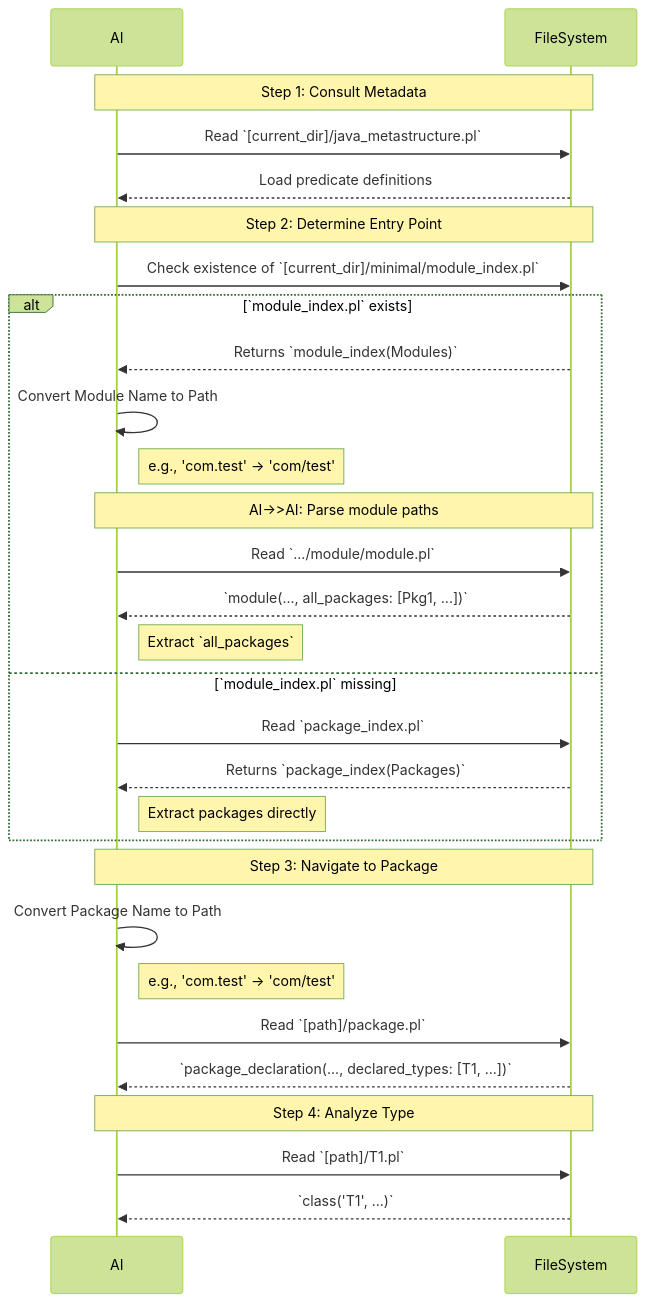
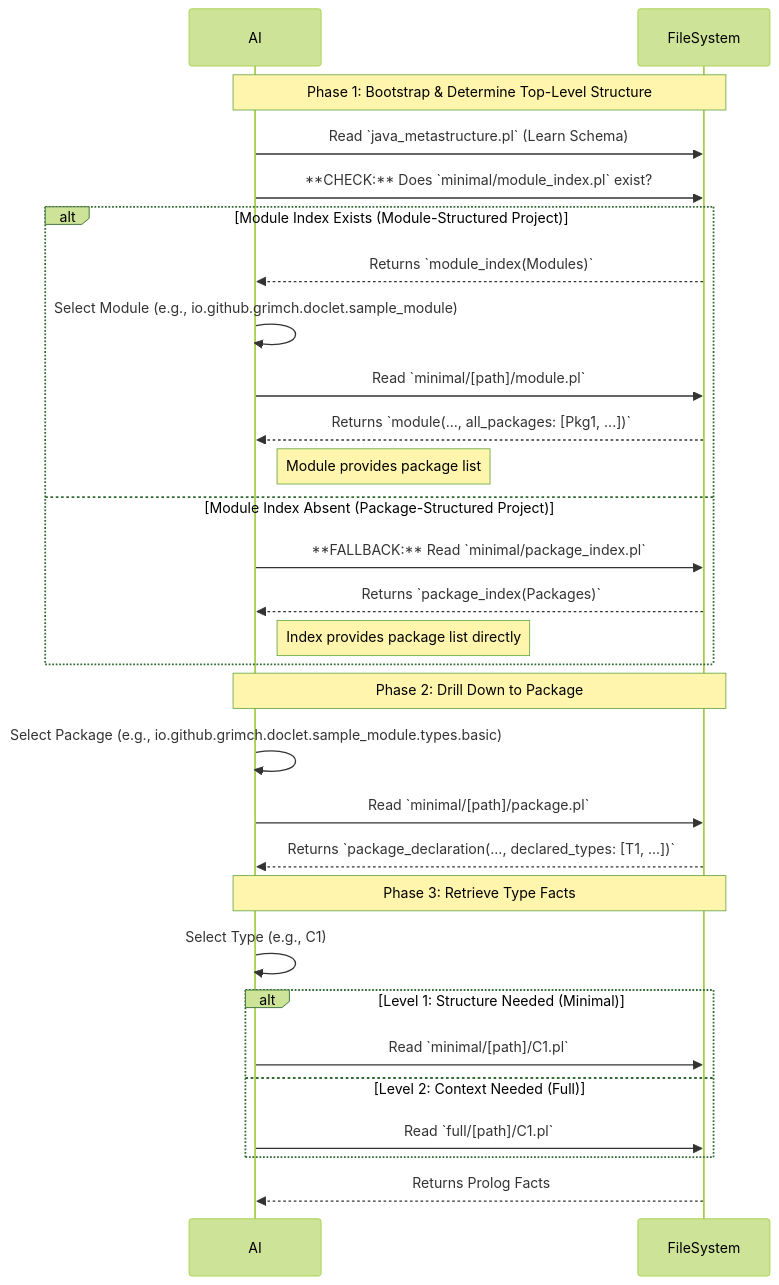
The second of 2 diagrams in src/main/resources/LLM_context.md (grimch/logidoclet), drawn with Mermaid (forest theme) before and after one commit. The commit also changed other lines of this file and 2 other files, not shown here.

Commit message:
revised metadata .md files for re-enforcement

````diff
--- a/src/main/resources/LLM_context.md
+++ b/src/main/resources/LLM_context.md
@@ -21,37 +54,35 @@
 ```mermaid
 sequenceDiagram
-    participant AI
-    participant FileSystem
+participant AI
+participant FileSystem
 
-    Note over AI, FileSystem: Step 1: Consult Metadata
-    AI->>FileSystem: Read `[current_dir]/java_metastructure.pl`
-    FileSystem-->>AI: Load predicate definitions
+    Note over AI, FileSystem: Phase 1: Bootstrap & Determine Top-Level Structure
+    AI->>FileSystem: Read `java_metastructure.pl` (Learn Schema)
+    AI->>FileSystem: **CHECK:** Does `minimal/module_index.pl` exist?
 
-    Note over AI, FileSystem: Step 2: Determine Entry Point
-    AI->>FileSystem: Check existence of `[current_dir]/minimal/module_index.pl`
-
-    alt `module_index.pl` exists
+    alt Module Index Exists (Module-Structured Project)
         FileSystem-->>AI: Returns `module_index(Modules)`
-        AI->>AI: Convert Module Name to Path
-        Note right of AI: e.g., 'com.test' -> 'com/test'
-        Note over AI, FileSystem: AI->>AI: Parse module paths
-        AI->>FileSystem: Read `.../module/module.pl`
-        FileSystem-->>AI: `module(..., all_packages: [Pkg1, ...])`
-        Note right of AI: Extract `all_packages`
-    else `module_index.pl` missing
-        AI->>FileSystem: Read `package_index.pl`
+        AI->>AI: Select Module (e.g., io.github.grimch.doclet.sample_module)
+        AI->>FileSystem: Read `minimal/[path]/module.pl`
+        FileSystem-->>AI: Returns `module(..., all_packages: [Pkg1, ...])`
+        Note right of AI: Module provides package list
+    else Module Index Absent (Package-Structured Project)
+        AI->>FileSystem: **FALLBACK:** Read `minimal/package_index.pl`
         FileSystem-->>AI: Returns `package_index(Packages)`
-        Note right of AI: Extract packages directly
+        Note right of AI: Index provides package list directly
     end
 
-    Note over AI, FileSystem: Step 3: Navigate to Package
-    AI->>AI: Convert Package Name to Path
-    Note right of AI: e.g., 'com.test' -> 'com/test'
+    Note over AI, FileSystem: Phase 2: Drill Down to Package
+    AI->>AI: Select Package (e.g., io.github.grimch.doclet.sample_module.types.basic)
+    AI->>FileSystem: Read `minimal/[path]/package.pl`
+    FileSystem-->>AI: Returns `package_declaration(..., declared_types: [T1, ...])`
 
-    AI->>FileSystem: Read `[path]/package.pl`
-    FileSystem-->>AI: `package_declaration(..., declared_types: [T1, ...])`
-
-    Note over AI, FileSystem: Step 4: Analyze Type
-    AI->>FileSystem: Read `[path]/T1.pl`
-    FileSystem-->>AI: `class('T1', ...)`
+    Note over AI, FileSystem: Phase 3: Retrieve Type Facts
+    AI->>AI: Select Type (e.g., C1)
+    alt Level 1: Structure Needed (Minimal)
+        AI->>FileSystem: Read `minimal/[path]/C1.pl`
+    else Level 2: Context Needed (Full)
+        AI->>FileSystem: Read `full/[path]/C1.pl`
+    end
+    FileSystem-->>AI: Returns Prolog Facts
 ```
````
